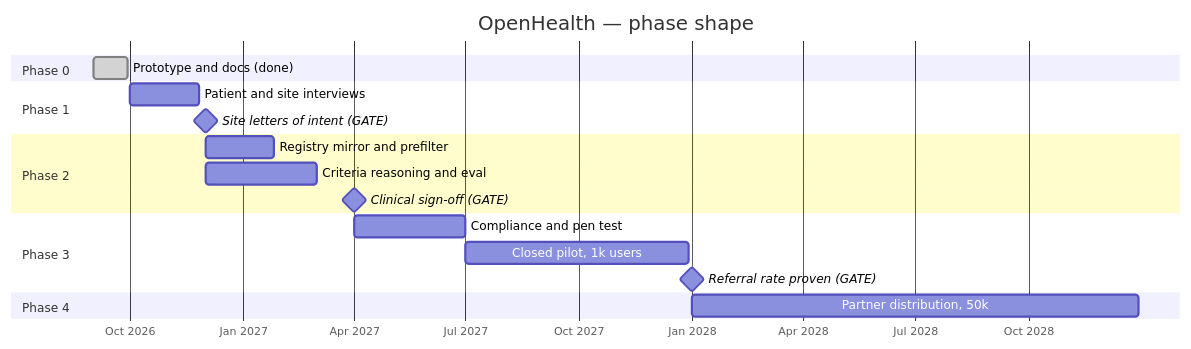
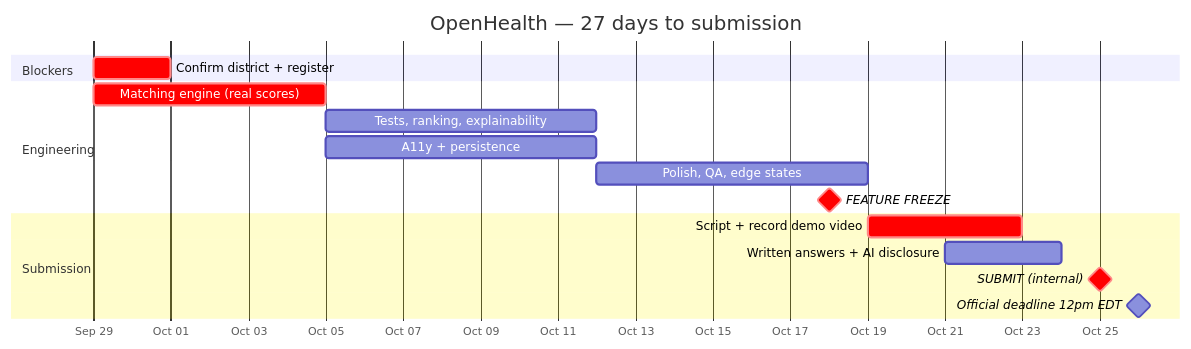
Before and after one commit to charlieramus/openhealth: the diagram in docs/ROADMAP.md, drawn with Mermaid. The commit also changed other lines of this file and 10 other files, not shown here.

````diff
--- a/docs/ROADMAP.md
+++ b/docs/ROADMAP.md
@@ -196,26 +263,22 @@
 ```mermaid
 gantt
-    title OpenHealth — phase shape
-    dateFormat YYYY-MM
-    axisFormat %b %Y
+    title OpenHealth — 27 days to submission
+    dateFormat YYYY-MM-DD
+    axisFormat %b %d
 
-    section Phase 0
-    Prototype and docs (done)      :done, p0, 2026-09, 4w
+    section Blockers
+    Confirm district + register     :crit, reg, 2026-09-29, 2d
 
-    section Phase 1
-    Patient and site interviews    :p1a, 2026-10, 8w
-    Site letters of intent (GATE)  :milestone, g1, 2026-12, 0d
+    section Engineering
+    Matching engine (real scores)   :crit, w1, 2026-09-29, 6d
+    Tests, ranking, explainability  :w2, 2026-10-05, 7d
+    A11y + persistence              :w2b, 2026-10-05, 7d
+    Polish, QA, edge states         :w3, 2026-10-12, 7d
+    FEATURE FREEZE                  :milestone, crit, frz, 2026-10-18, 0d
 
-    section Phase 2
-    Registry mirror and prefilter  :p2a, after g1, 8w
-    Criteria reasoning and eval    :p2b, after g1, 13w
-    Clinical sign-off (GATE)       :milestone, g2, 2027-04, 0d
-
-    section Phase 3
-    Compliance and pen test        :p3a, after g2, 13w
-    Closed pilot, 1k users         :p3b, 2027-07, 26w
-    Referral rate proven (GATE)    :milestone, g3, 2028-01, 0d
-
-    section Phase 4
-    Partner distribution, 50k      :p4, after g3, 52w
+    section Submission
+    Script + record demo video      :crit, vid, 2026-10-19, 4d
+    Written answers + AI disclosure :ans, 2026-10-21, 3d
+    SUBMIT (internal)               :milestone, crit, sub, 2026-10-25, 0d
+    Official deadline 12pm EDT      :milestone, dl, 2026-10-26, 0d
 ```
````
